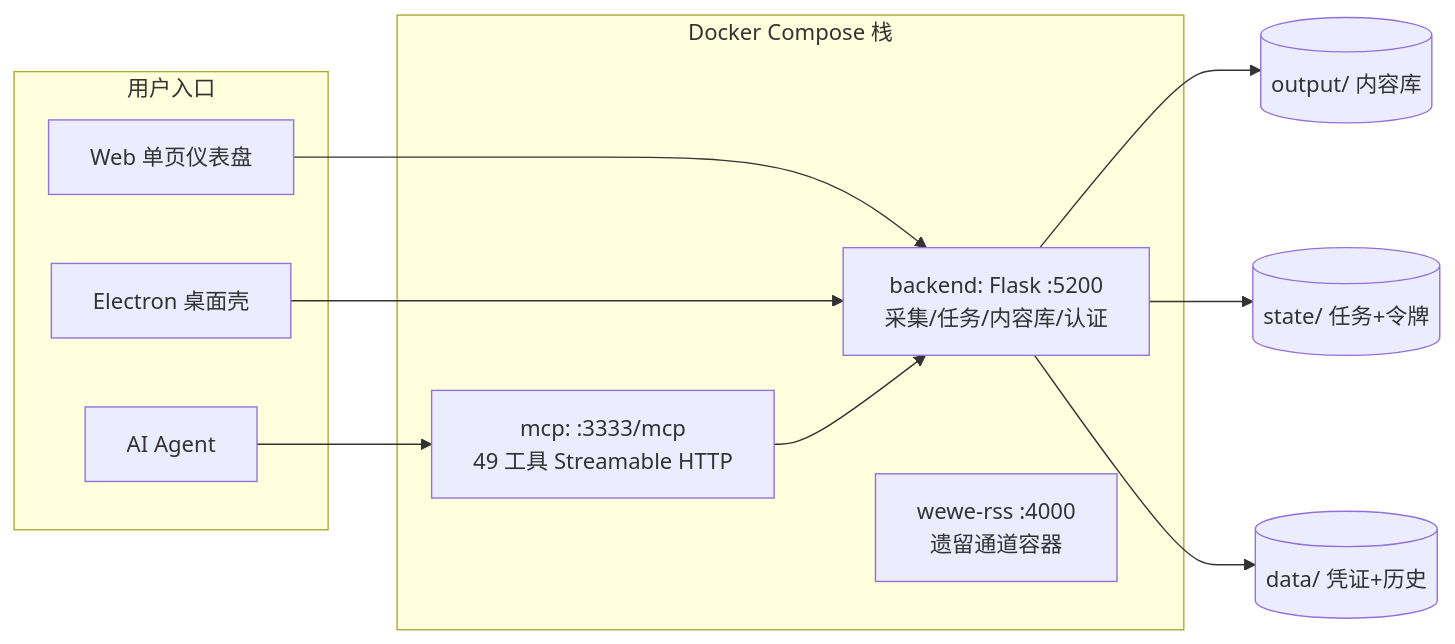
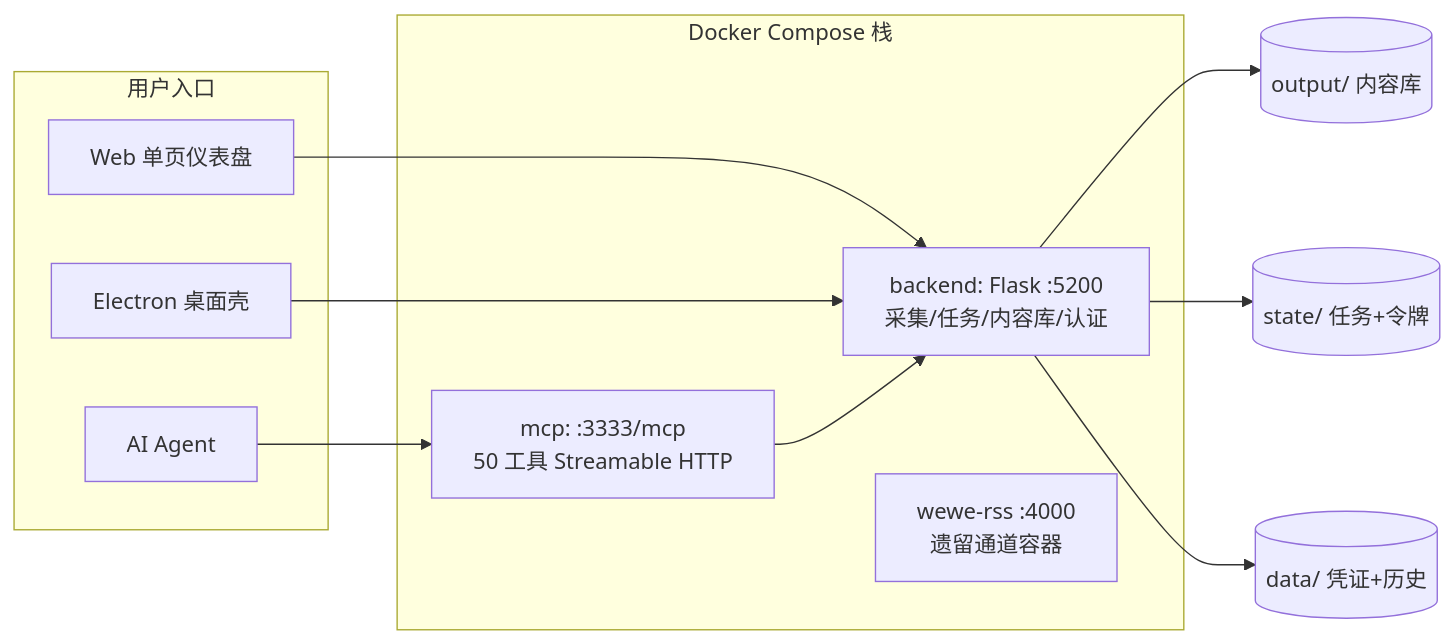
Before and after one commit to zhengxingSong/content-collect-workbench: the diagram in docs/架构文档.md, drawn with Mermaid. The commit also changed other lines of this file and 13 other files, not shown here.

````diff
--- a/docs/架构文档.md
+++ b/docs/架构文档.md
@@ -20,19 +20,19 @@
 ```mermaid
 flowchart LR
     subgraph 用户入口
         UI[Web 单页仪表盘]
         EL[Electron 桌面壳]
         AG[AI Agent]
     end
     subgraph Docker Compose 栈
         BE[backend: Flask :5200<br/>采集/任务/内容库/认证]
-        MCP[mcp: :3333/mcp<br/>49 工具 Streamable HTTP]
+        MCP[mcp: :3333/mcp<br/>50 工具 Streamable HTTP]
         WR[wewe-rss :4000<br/>遗留通道容器]
     end
     UI --> BE
     EL --> BE
     AG --> MCP --> BE
     BE --> OUT[(output/ 内容库)]
     BE --> ST[(state/ 任务+令牌)]
     BE --> DA[(data/ 凭证+历史)]
 ```
````
